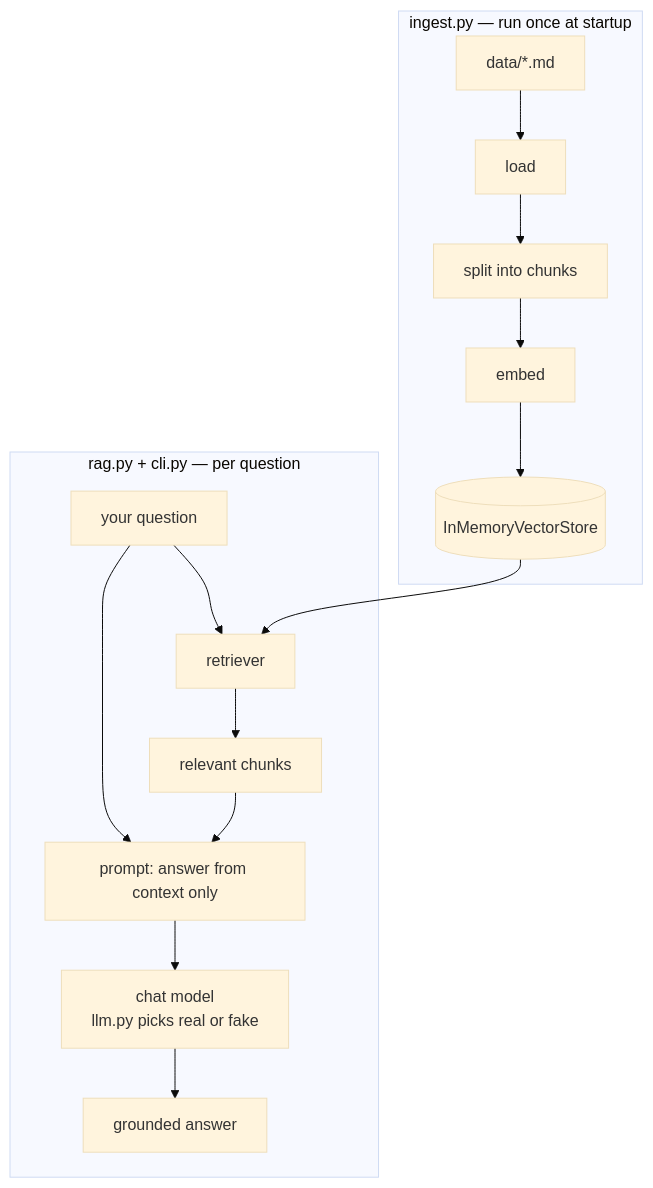
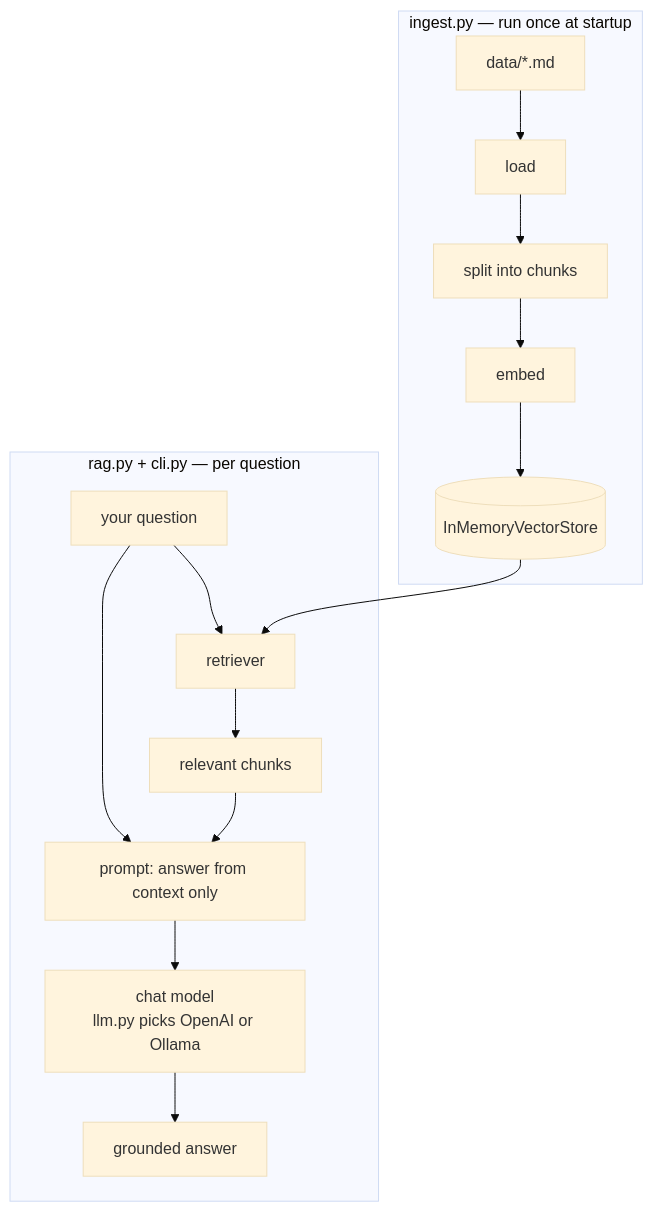
The diagram in langchain_rag/99_project_doc_assistant/README.md (RahulHalpati/learning_docs), drawn with Mermaid (base theme) before and after one commit. The commit also changed other lines of this file and 154 other files, not shown here.

````diff
--- a/langchain_rag/99_project_doc_assistant/README.md
+++ b/langchain_rag/99_project_doc_assistant/README.md
@@ -132,14 +122,14 @@
 ```mermaid
 flowchart TD
     subgraph Ingest["ingest.py — run once at startup"]
       D[data/*.md] --> L[load] --> S[split into chunks] --> E[embed] --> VS[(InMemoryVectorStore)]
     end
     subgraph Ask["rag.py + cli.py — per question"]
       Q[your question] --> R[retriever] 
       VS --> R
       R --> CTX[relevant chunks]
       CTX --> P[prompt: answer from context only]
       Q --> P
-      P --> M[chat model<br/>llm.py picks real or fake] --> A[grounded answer]
+      P --> M[chat model<br/>llm.py picks OpenAI or Ollama] --> A[grounded answer]
     end
 ```
````
